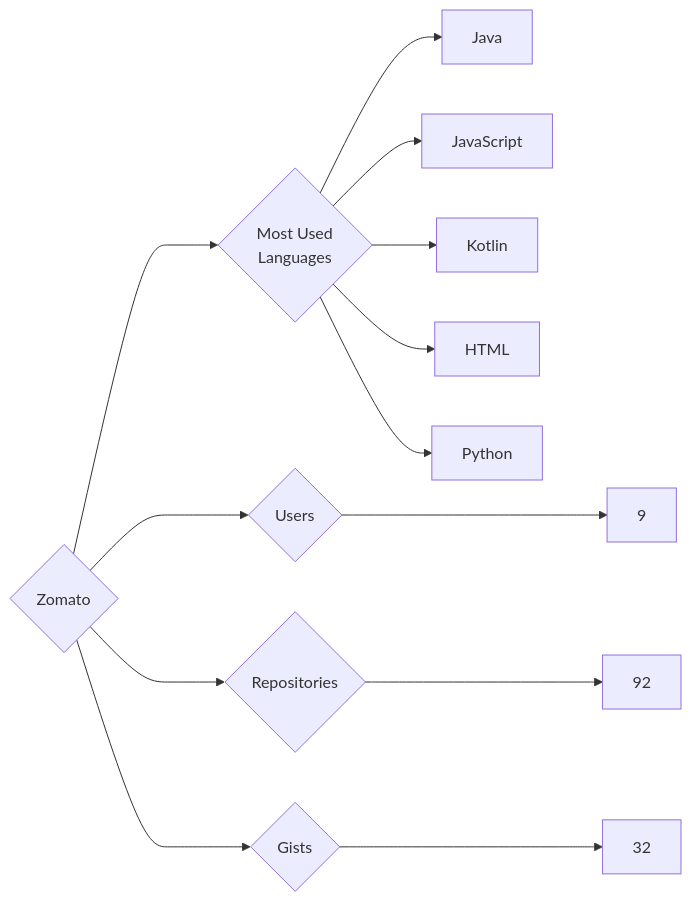
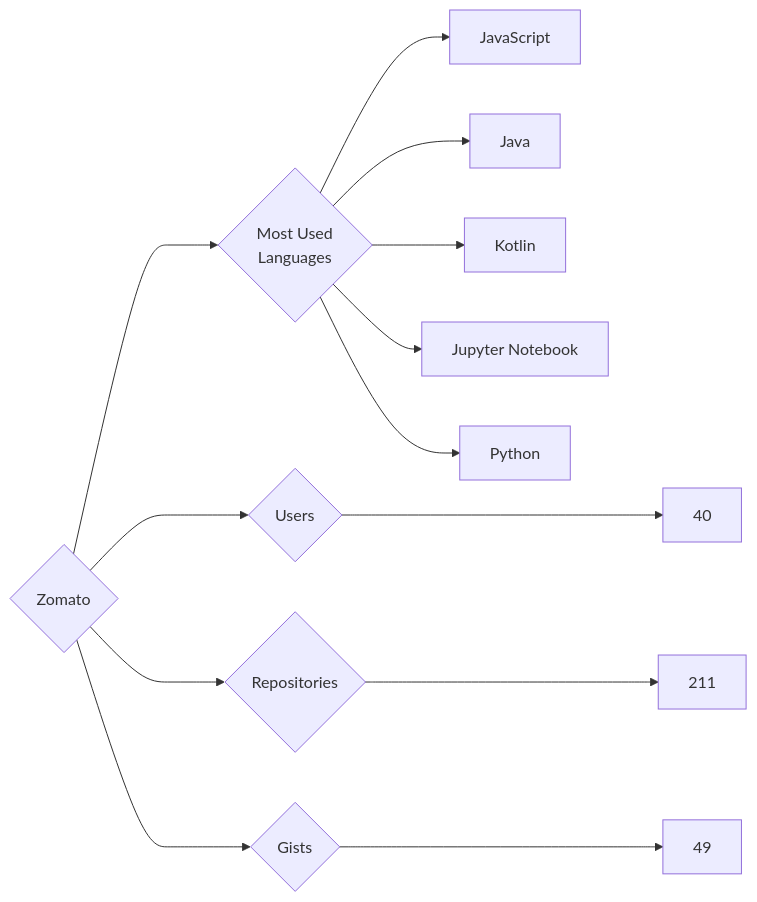
One commit to trickest/insiders changed the diagram in targets/Zomato/README.md. Above: the diagram before and after it, drawn with Mermaid. The commit also changed 955 other files, not shown here.

````diff
--- a/targets/Zomato/README.md
+++ b/targets/Zomato/README.md
@@ -3,13 +3,13 @@
 ```mermaid
 graph LR
 COMPANY_NAME{Zomato}
-COMPANY_NAME ---> U{Users} ---> UN[9]
-COMPANY_NAME ---> R{Repositories} ---> RN[92]
-COMPANY_NAME ---> G{Gists} ---> GN[32]
+COMPANY_NAME ---> U{Users} ---> UN[40]
+COMPANY_NAME ---> R{Repositories} ---> RN[211]
+COMPANY_NAME ---> G{Gists} ---> GN[49]
 COMPANY_NAME ---> ML{Most Used<br>Languages}
+ML --> JavaScript[JavaScript]
 ML --> Java[Java]
-ML --> JavaScript[JavaScript]
 ML --> Kotlin[Kotlin]
-ML --> HTML[HTML]
+ML --> Jupyter_Notebook[Jupyter Notebook]
 ML --> Python[Python]
 ```
````
